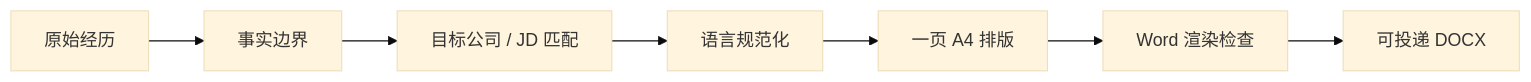
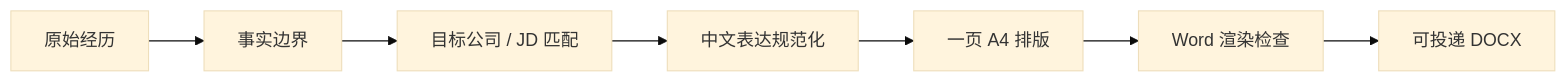
Before and after one commit to hao0401/beautiful-chinese-resume: the diagram in README.md, drawn with Mermaid (base theme). The commit also changed other lines of this file and 1 other file, not shown here.

````diff
--- a/README.md
+++ b/README.md
@@ -68,9 +83,9 @@
 ```mermaid
 flowchart LR
   A["原始经历"] --> B["事实边界"]
   B --> C["目标公司 / JD 匹配"]
-  C --> D["语言规范化"]
+  C --> D["中文表达规范化"]
   D --> E["一页 A4 排版"]
   E --> F["Word 渲染检查"]
   F --> G["可投递 DOCX"]
 ```
````
